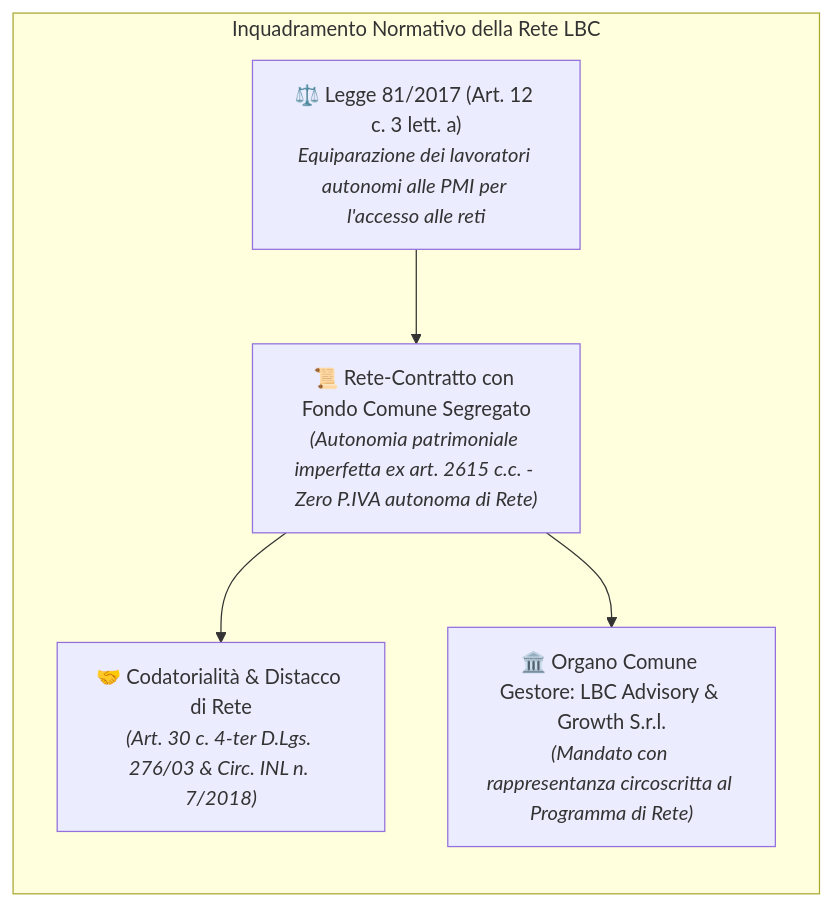
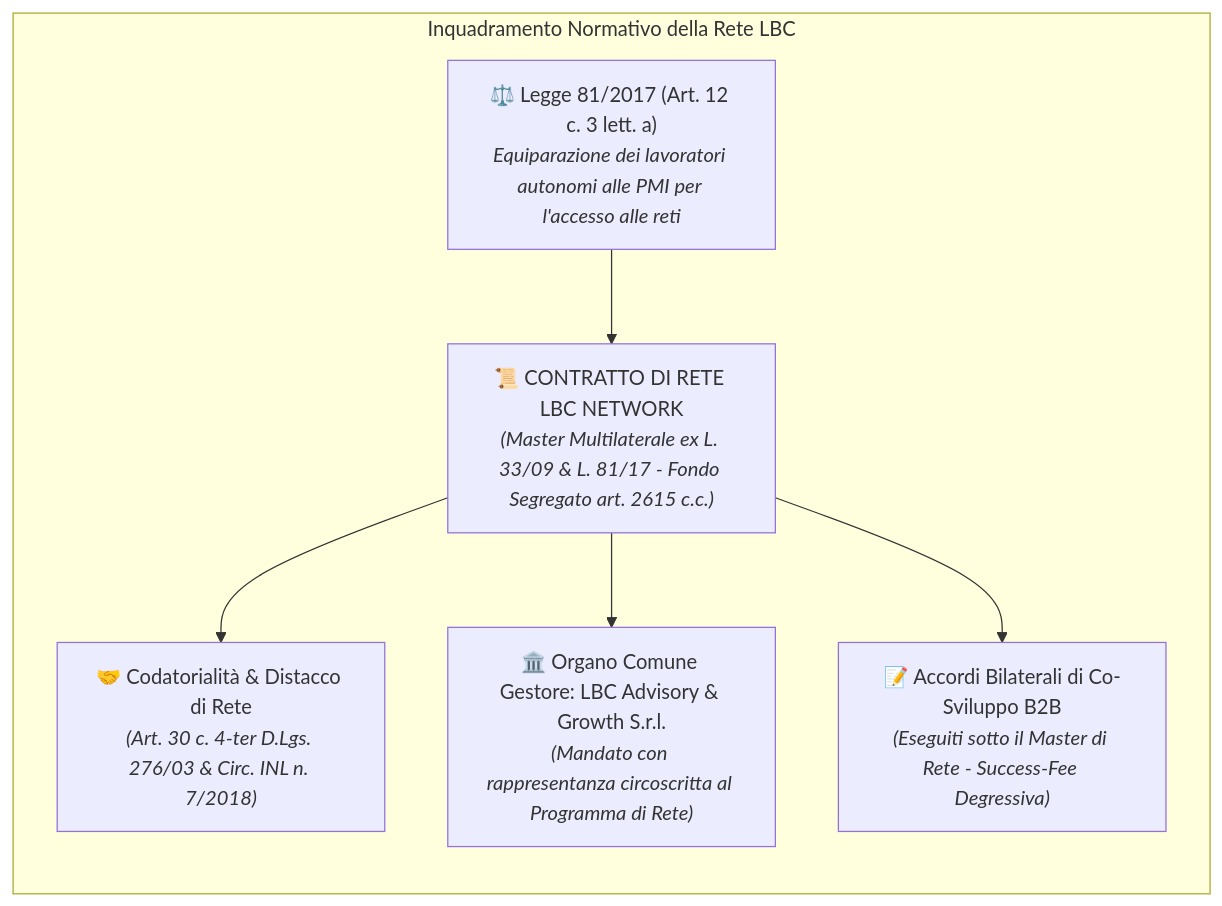
The second of 8 diagrams in STRATEGIC_BLUEPRINT.md (MarioDaeda/lbc-la-buona-community), drawn with Mermaid before and after one commit. The commit also changed other lines of this file and 10 other files, not shown here.

````diff
--- a/STRATEGIC_BLUEPRINT.md
+++ b/STRATEGIC_BLUEPRINT.md
@@ -76,14 +78,16 @@
 ```mermaid
 flowchart LR
     subgraph Governance_Rete ["Inquadramento Normativo della Rete LBC"]
         direction TB
         LEGGE["⚖️ Legge 81/2017 (Art. 12 c. 3 lett. a)<br/><i>Equiparazione dei lavoratori autonomi alle PMI per l'accesso alle reti</i>"]
-        CONTRATTO["📜 Rete-Contratto con Fondo Comune Segregato<br/><i>(Autonomia patrimoniale imperfetta ex art. 2615 c.c. - Zero P.IVA autonoma di Rete)</i>"]
+        CONTRATTO["📜 CONTRATTO DI RETE LBC NETWORK<br/><i>(Master Multilaterale ex L. 33/09 & L. 81/17 - Fondo Segregato art. 2615 c.c.)</i>"]
         CODATORIALITA["🤝 Codatorialità & Distacco di Rete<br/><i>(Art. 30 c. 4-ter D.Lgs. 276/03 & Circ. INL n. 7/2018)</i>"]
         ORGANO["🏛️ Organo Comune Gestore: LBC Advisory & Growth S.r.l.<br/><i>(Mandato con rappresentanza circoscritta al Programma di Rete)</i>"]
+        ACCORDO["📝 Accordi Bilaterali di Co-Sviluppo B2B<br/><i>(Eseguiti sotto il Master di Rete - Success-Fee Degressiva)</i>"]
     end
 
     LEGGE --> CONTRATTO
     CONTRATTO --> CODATORIALITA
     CONTRATTO --> ORGANO
+    CONTRATTO --> ACCORDO
 ```
````
